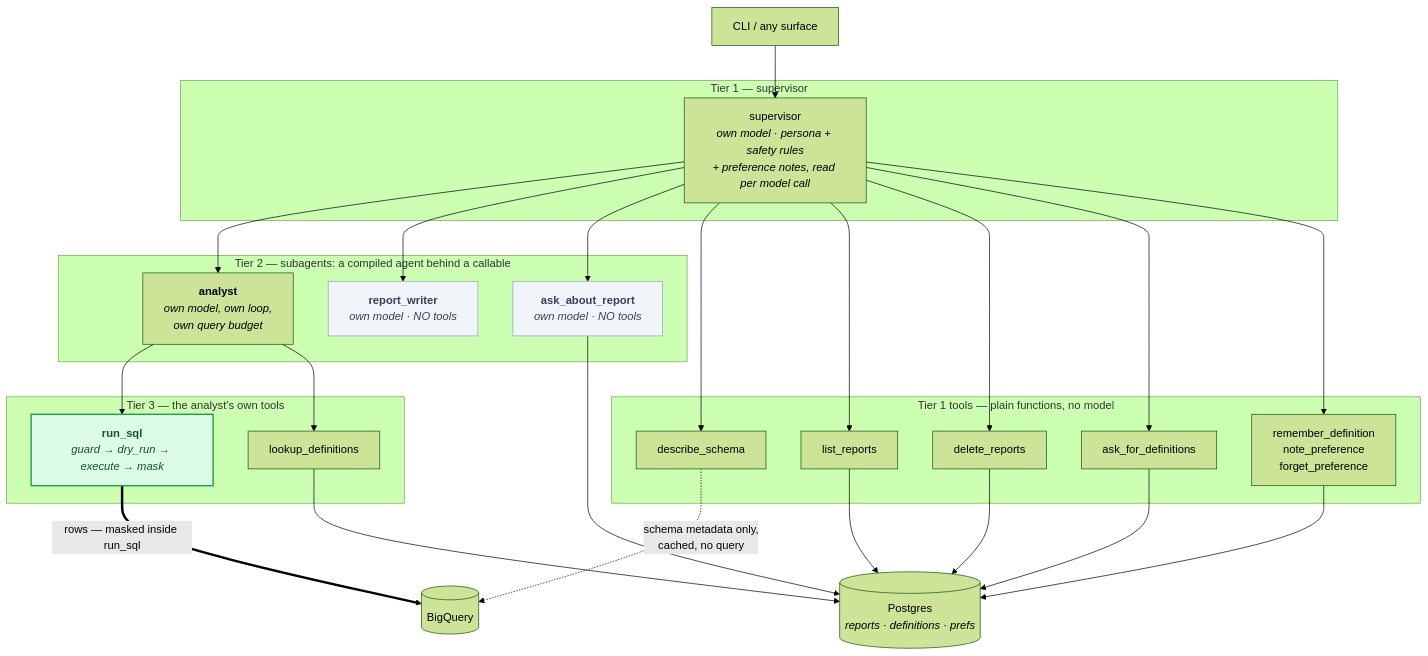
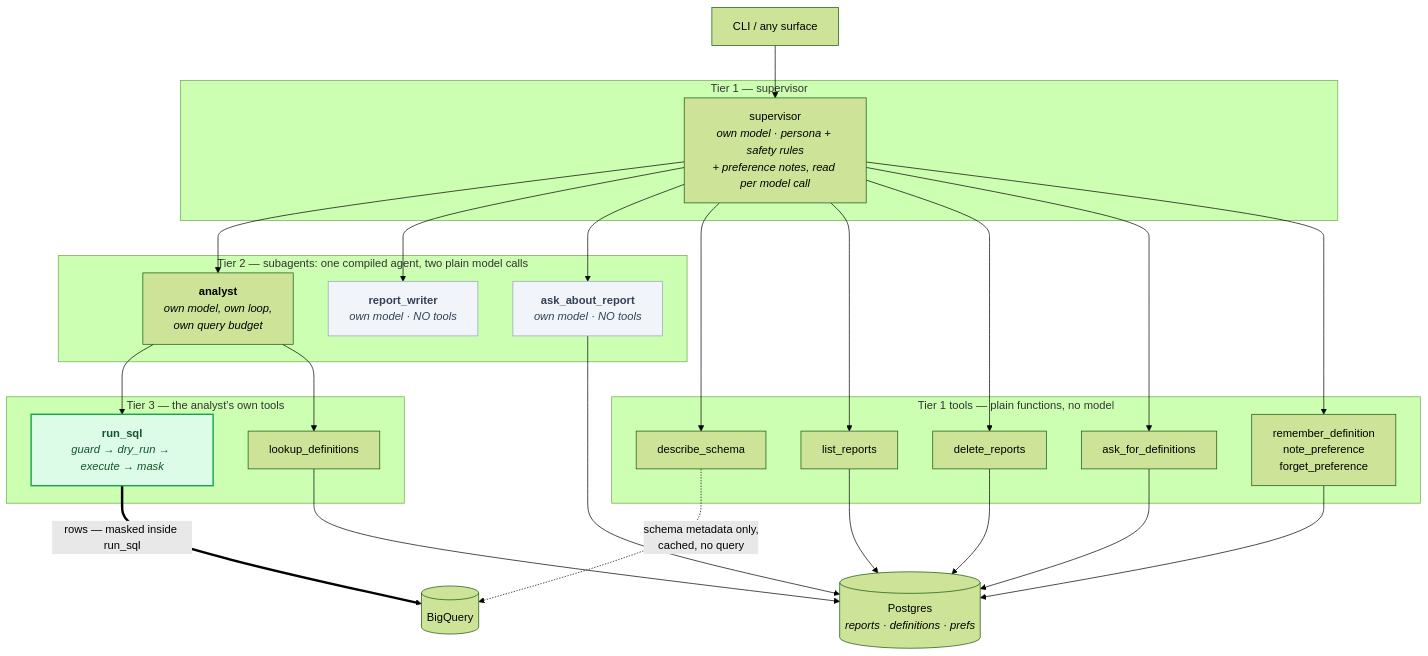
The second of 5 diagrams in docs/00-diagrams.md (ch4ki/retail-agent), drawn with Mermaid (forest theme) before and after one commit. The commit also changed other lines of this file and 8 other files, not shown here.

````diff
--- a/docs/00-diagrams.md
+++ b/docs/00-diagrams.md
@@ -95,57 +95,57 @@
 ```mermaid
 flowchart TB
     IFACE["CLI / any surface"]
 
     subgraph t1["Tier 1 — supervisor"]
         SUP["supervisor<br/><i>own model · persona + safety rules<br/>+ preference notes, read per model call</i>"]
     end
 
-    subgraph t2["Tier 2 — subagents: a compiled agent behind a callable"]
+    subgraph t2["Tier 2 — subagents: one compiled agent, two plain model calls"]
         AN["<b>analyst</b><br/><i>own model, own loop,<br/>own query budget</i>"]
         RW["<b>report_writer</b><br/><i>own model · NO tools</i>"]
         AR["<b>ask_about_report</b><br/><i>own model · NO tools</i>"]
     end
 
     subgraph t1tools["Tier 1 tools — plain functions, no model"]
         SCH["describe_schema"]
         LIB["list_reports"]
         DEL["delete_reports"]
         DEF["ask_for_definitions"]
         MEM["remember_definition<br/>note_preference<br/>forget_preference"]
     end
 
     subgraph t3["Tier 3 — the analyst's own tools"]
         SQLT["<b>run_sql</b><br/><i>guard → dry_run → execute → mask</i>"]
         LOOK["lookup_definitions"]
     end
 
     BQ[("BigQuery")]
     PG[("Postgres<br/><i>reports · definitions · prefs</i>")]
 
     IFACE --> SUP
     SUP --> AN
     SUP --> RW
     SUP --> AR
     SUP --> SCH
     SUP --> LIB
     SUP --> DEL
     SUP --> DEF
     SUP --> MEM
 
     AN --> SQLT
     AN --> LOOK
 
     SQLT ==>|"rows — masked inside run_sql"| BQ
     SCH -.->|"schema metadata only,<br/>cached, no query"| BQ
     LOOK --> PG
     DEF --> PG
     MEM --> PG
     LIB --> PG
     DEL --> PG
     AR --> PG
 
     classDef only fill:#dcfce7,stroke:#16a34a,color:#14532d,stroke-width:2px
     classDef none fill:#f1f5f9,stroke:#94a3b8,color:#334155
     class SQLT only
     class RW,AR none
 ```
````
